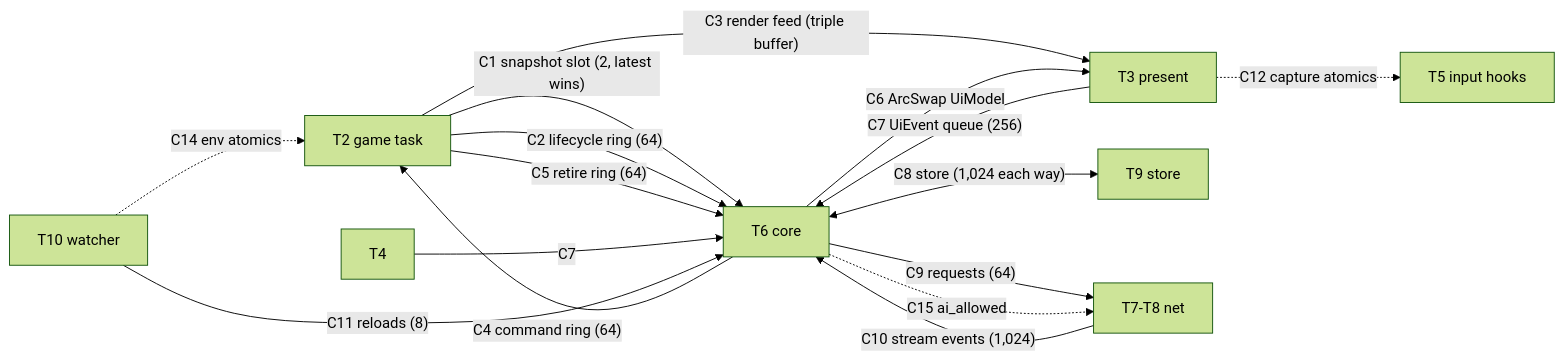
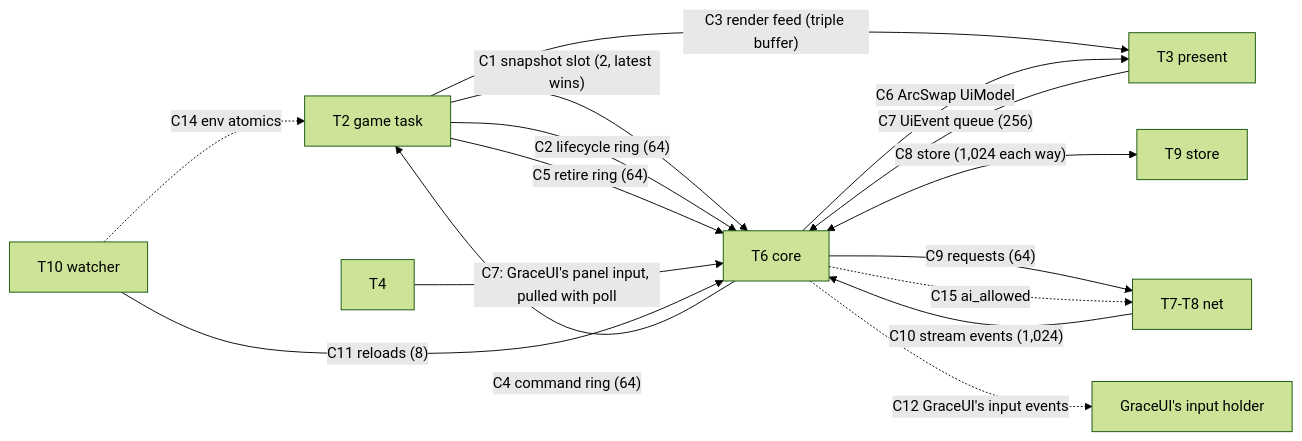
The first of 9 diagrams in docs/design/architecture.md (Pt0l3my/EldenNet), drawn with Mermaid (forest theme) before and after one commit. The commit also changed other lines of this file and 8 other files, not shown here.

````diff
--- a/docs/design/architecture.md
+++ b/docs/design/architecture.md
@@ -67,18 +67,18 @@
 ```mermaid
 flowchart LR
   T2["T2 game task"] -->|"C1 snapshot slot (2, latest wins)"| T6["T6 core"]
   T2 -->|"C2 lifecycle ring (64)"| T6
   T2 -->|"C3 render feed (triple buffer)"| T3["T3 present"]
   T6 -->|"C4 command ring (64)"| T2
   T2 -->|"C5 retire ring (64)"| T6
   T6 -->|"C6 ArcSwap UiModel"| T3
   T3 -->|"C7 UiEvent queue (256)"| T6
-  T4 -->|"C7"| T6
+  T4 -->|"C7: GraceUI's panel input, pulled with poll"| T6
   T6 <-->|"C8 store (1,024 each way)"| T9["T9 store"]
   T6 -->|"C9 requests (64)"| T78["T7-T8 net"]
   T78 -->|"C10 stream events (1,024)"| T6
   T10["T10 watcher"] -->|"C11 reloads (8)"| T6
-  T3 -.->|"C12 capture atomics"| T5["T5 input hooks"]
+  T6 -.->|"C12 GraceUI's input events"| T5["GraceUI's input holder"]
   T10 -.->|"C14 env atomics"| T2
   T6 -.->|"C15 ai_allowed"| T78
 ```
````
